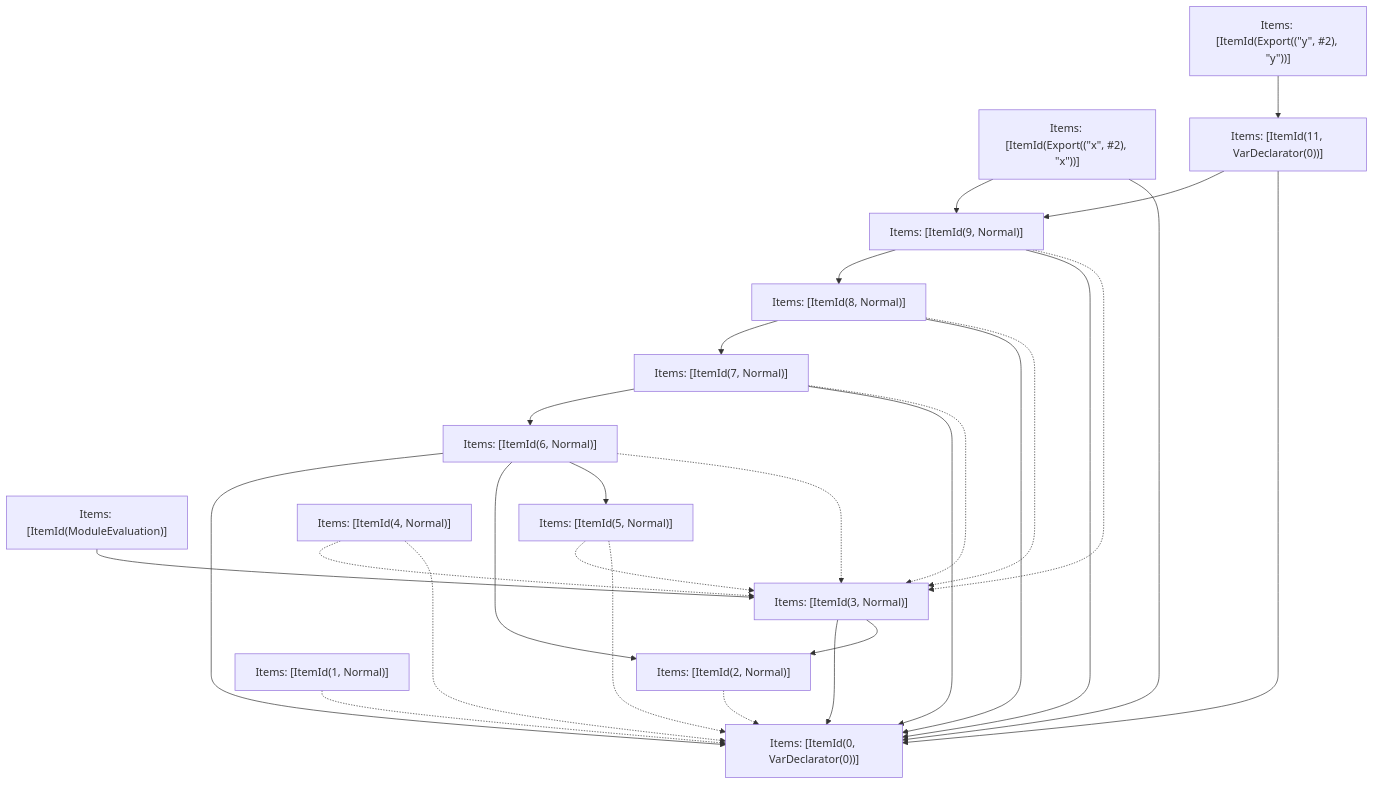
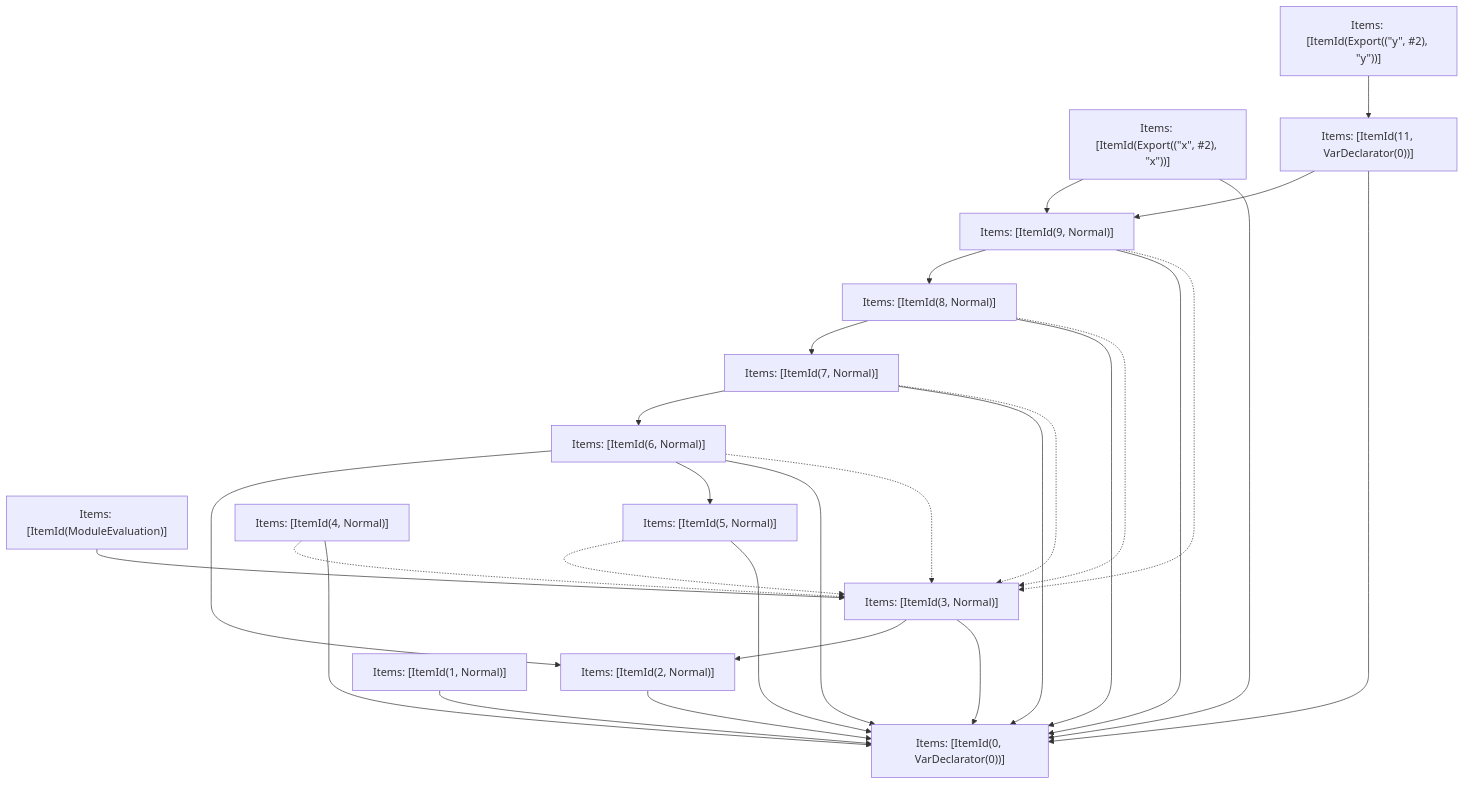
One commit to vercel/turborepo changed the fifth of 5 diagrams in crates/turbopack-ecmascript/tests/tree-shaker/analyzer/grouping/output.md. Above: the diagram before and after it, drawn with Mermaid. The commit also changed other lines of this file, not shown here.

````diff
--- a/crates/turbopack-ecmascript/tests/tree-shaker/analyzer/grouping/output.md
+++ b/crates/turbopack-ecmascript/tests/tree-shaker/analyzer/grouping/output.md
@@ -276,44 +276,44 @@
 ```mermaid
 graph TD
     N0["Items: [ItemId(0, VarDeclarator(0))]"];
     N1["Items: [ItemId(2, Normal)]"];
     N2["Items: [ItemId(3, Normal)]"];
     N3["Items: [ItemId(ModuleEvaluation)]"];
     N4["Items: [ItemId(5, Normal)]"];
     N5["Items: [ItemId(6, Normal)]"];
     N6["Items: [ItemId(7, Normal)]"];
     N7["Items: [ItemId(8, Normal)]"];
     N8["Items: [ItemId(9, Normal)]"];
     N9["Items: [ItemId(Export((&quot;x&quot;, #2), &quot;x&quot;))]"];
     N10["Items: [ItemId(11, VarDeclarator(0))]"];
     N11["Items: [ItemId(Export((&quot;y&quot;, #2), &quot;y&quot;))]"];
     N12["Items: [ItemId(4, Normal)]"];
     N13["Items: [ItemId(1, Normal)]"];
-    N13 -.-> N0;
-    N1 -.-> N0;
+    N13 --> N0;
+    N1 --> N0;
+    N2 --> N1;
     N2 --> N0;
-    N2 --> N1;
     N12 -.-> N2;
-    N12 -.-> N0;
+    N12 --> N0;
     N4 -.-> N2;
-    N4 -.-> N0;
-    N5 --> N0;
+    N4 --> N0;
     N5 --> N1;
     N5 --> N4;
+    N5 --> N0;
     N5 -.-> N2;
     N6 --> N5;
     N6 --> N0;
     N6 -.-> N2;
     N7 --> N6;
     N7 --> N0;
     N7 -.-> N2;
     N8 --> N7;
     N8 --> N0;
     N8 -.-> N2;
     N10 --> N8;
     N10 --> N0;
     N9 --> N8;
     N9 --> N0;
     N11 --> N10;
     N3 --> N2;
 ```
````
